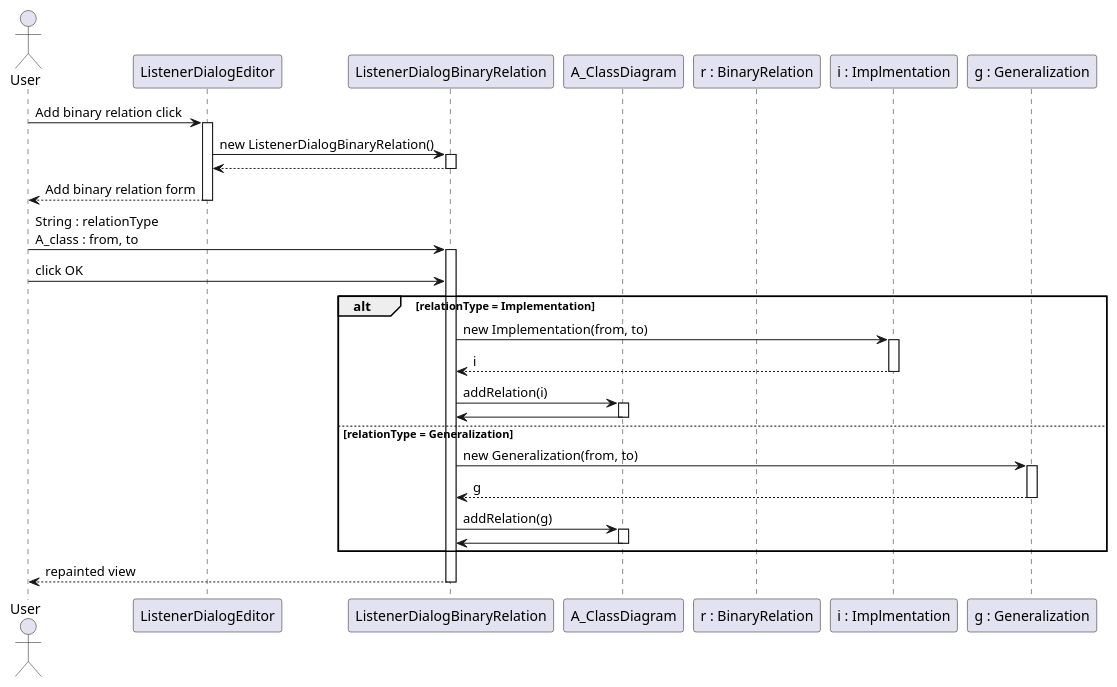
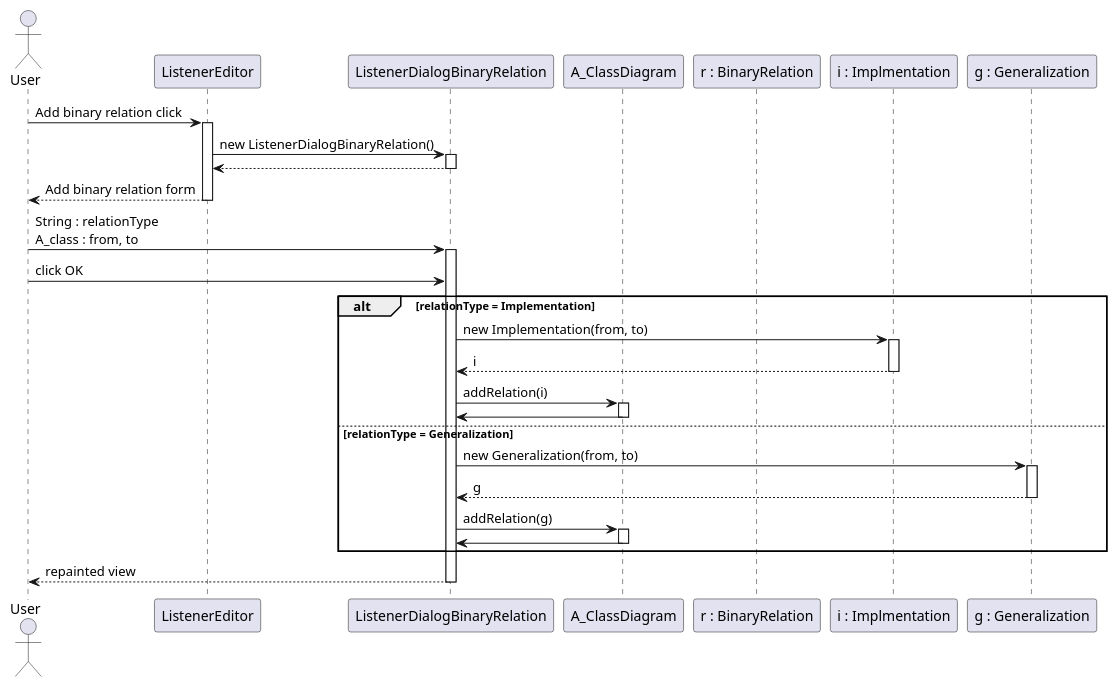
The diagram in src/com/github/tomap/uml/conception/sequenceDiagrams/addBinaryRelation_extends.puml (Phalexei/Modeleur), drawn with PlantUML before and after one commit. The commit also changed 1 other file, not shown here.

Commit message:
diagrammes de séquence

```diff
--- a/src/com/github/tomap/uml/conception/sequenceDiagrams/addBinaryRelation_extends.puml
+++ b/src/com/github/tomap/uml/conception/sequenceDiagrams/addBinaryRelation_extends.puml
@@ -1,52 +1,52 @@
 @startuml
 
     actor User as u
-    participant ListenerDialogEditor as lde
+    participant ListenerEditor as lde
     participant ListenerDialogBinaryRelation as ldbr
     participant A_ClassDiagram as Cd
     participant "r : BinaryRelation" as r
     participant "i : Implmentation" as i
     participant "g : Generalization" as g
         
 	u -> lde: Add binary relation click
 	activate lde
 
         lde -> ldbr: new ListenerDialogBinaryRelation()
         activate ldbr
         ldbr --> lde
         deactivate ldbr
 
         lde --> u: Add binary relation form
         deactivate lde
 
         
         u -> ldbr: String : relationType\nA_class : from, to
         activate ldbr
 
         u -> ldbr: click OK
 
         alt relationType = Implementation
             ldbr -> i: new Implementation(from, to)
             activate i
             i --> ldbr: i
             deactivate i
 
             ldbr -> Cd: addRelation(i)
             activate Cd
             Cd -> ldbr
             deactivate Cd
         else relationType = Generalization
             ldbr -> g: new Generalization(from, to)
             activate g
             g --> ldbr: g
             deactivate g
 
             ldbr -> Cd: addRelation(g)
             activate Cd
             Cd -> ldbr
             deactivate Cd
         end
 
         ldbr --> u: repainted view
         deactivate ldbr
 @enduml
```
